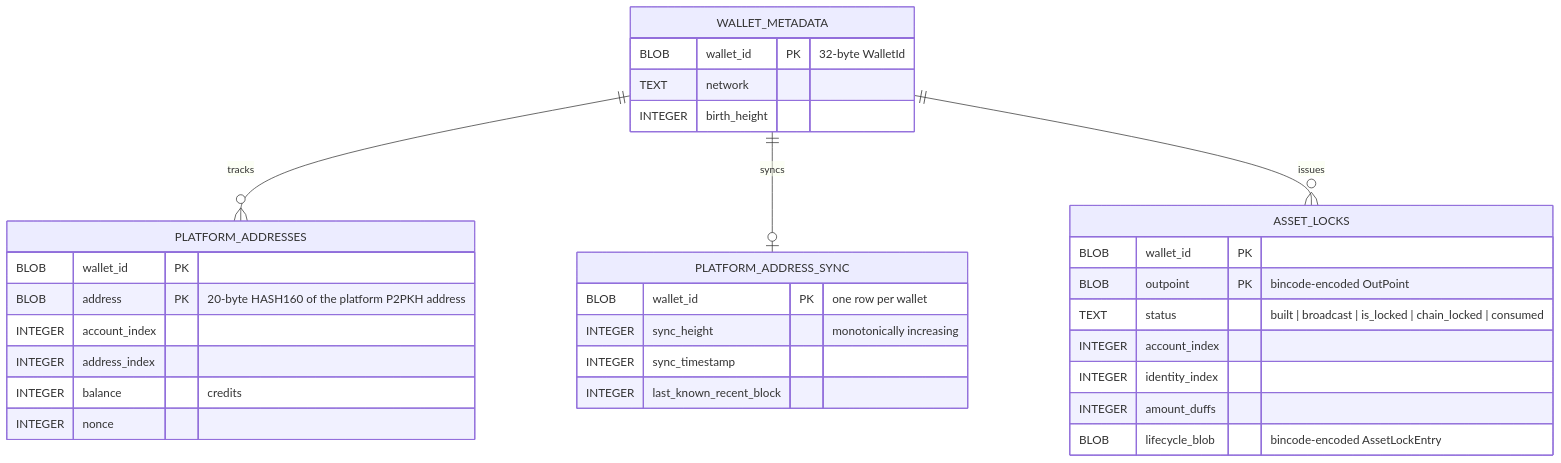
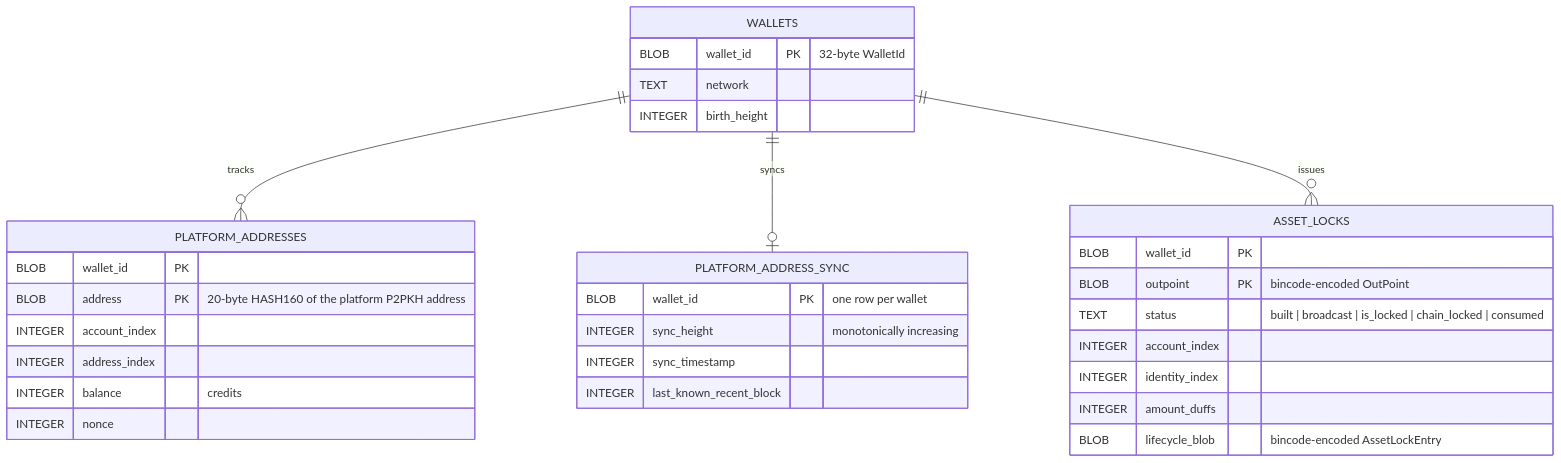
Before and after one commit to dashpay/platform: the fourth of 5 diagrams in packages/rs-platform-wallet-storage/SCHEMA.md, drawn with Mermaid. The commit also changed other lines of this file and 26 other files, not shown here.

First line of the commit message:
refactor(platform-wallet-storage): rename wallet_metadata table to wallets; schema/doc hardening

````diff
--- a/packages/rs-platform-wallet-storage/SCHEMA.md
+++ b/packages/rs-platform-wallet-storage/SCHEMA.md
@@ -222,38 +222,38 @@
 ```mermaid
 erDiagram
-    WALLET_METADATA ||--o{ PLATFORM_ADDRESSES : "tracks"
-    WALLET_METADATA ||--o| PLATFORM_ADDRESS_SYNC : "syncs"
-    WALLET_METADATA ||--o{ ASSET_LOCKS : "issues"
+    WALLETS ||--o{ PLATFORM_ADDRESSES : "tracks"
+    WALLETS ||--o| PLATFORM_ADDRESS_SYNC : "syncs"
+    WALLETS ||--o{ ASSET_LOCKS : "issues"
 
-    WALLET_METADATA {
+    WALLETS {
         BLOB wallet_id PK "32-byte WalletId"
         TEXT network
         INTEGER birth_height
     }
 
     PLATFORM_ADDRESSES {
         BLOB wallet_id PK
         BLOB address PK "20-byte HASH160 of the platform P2PKH address"
         INTEGER account_index
         INTEGER address_index
         INTEGER balance "credits"
         INTEGER nonce
     }
 
     PLATFORM_ADDRESS_SYNC {
         BLOB wallet_id PK "one row per wallet"
         INTEGER sync_height "monotonically increasing"
         INTEGER sync_timestamp
         INTEGER last_known_recent_block
     }
 
     ASSET_LOCKS {
         BLOB wallet_id PK
         BLOB outpoint PK "bincode-encoded OutPoint"
         TEXT status "built | broadcast | is_locked | chain_locked | consumed"
         INTEGER account_index
         INTEGER identity_index
         INTEGER amount_duffs
         BLOB lifecycle_blob "bincode-encoded AssetLockEntry"
     }
 ```
````
